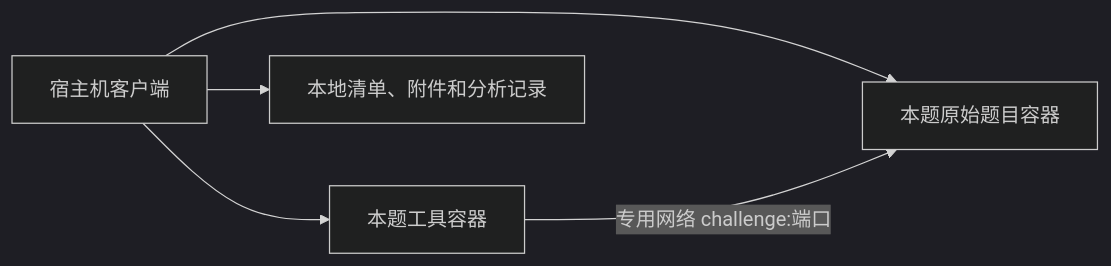
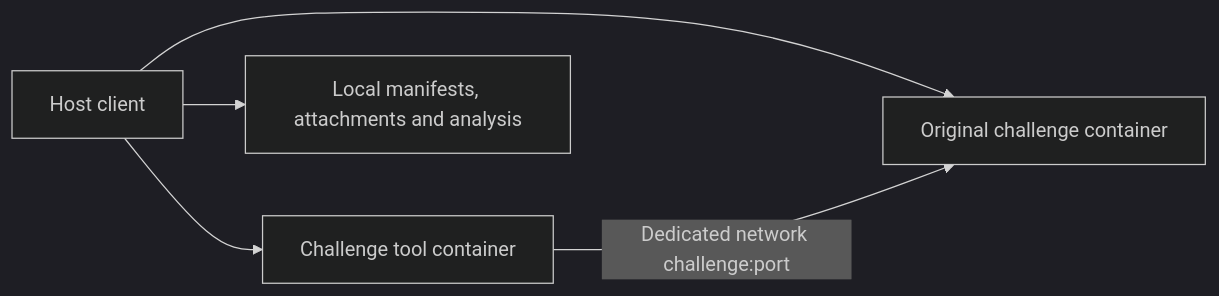
The diagram in docs/user/pwn-workbench.md (mark0-cn/Wukong), drawn with Mermaid (dark theme) before and after one commit. The commit also changed other lines of this file and 65 other files, not shown here.

````diff
--- a/docs/user/pwn-workbench.md
+++ b/docs/user/pwn-workbench.md
@@ -7,7 +13,7 @@
 ```mermaid
 flowchart LR
-  C[宿主机客户端] --> T[本题工具容器]
-  C --> Q[本题原始题目容器]
-  T -->|专用网络 challenge:端口| Q
-  C --> V[本地清单、附件和分析记录]
+  C[Host client] --> T[Challenge tool container]
+  C --> Q[Original challenge container]
+  T -->|Dedicated network challenge:port| Q
+  C --> V[Local manifests, attachments and analysis]
 ```
````
